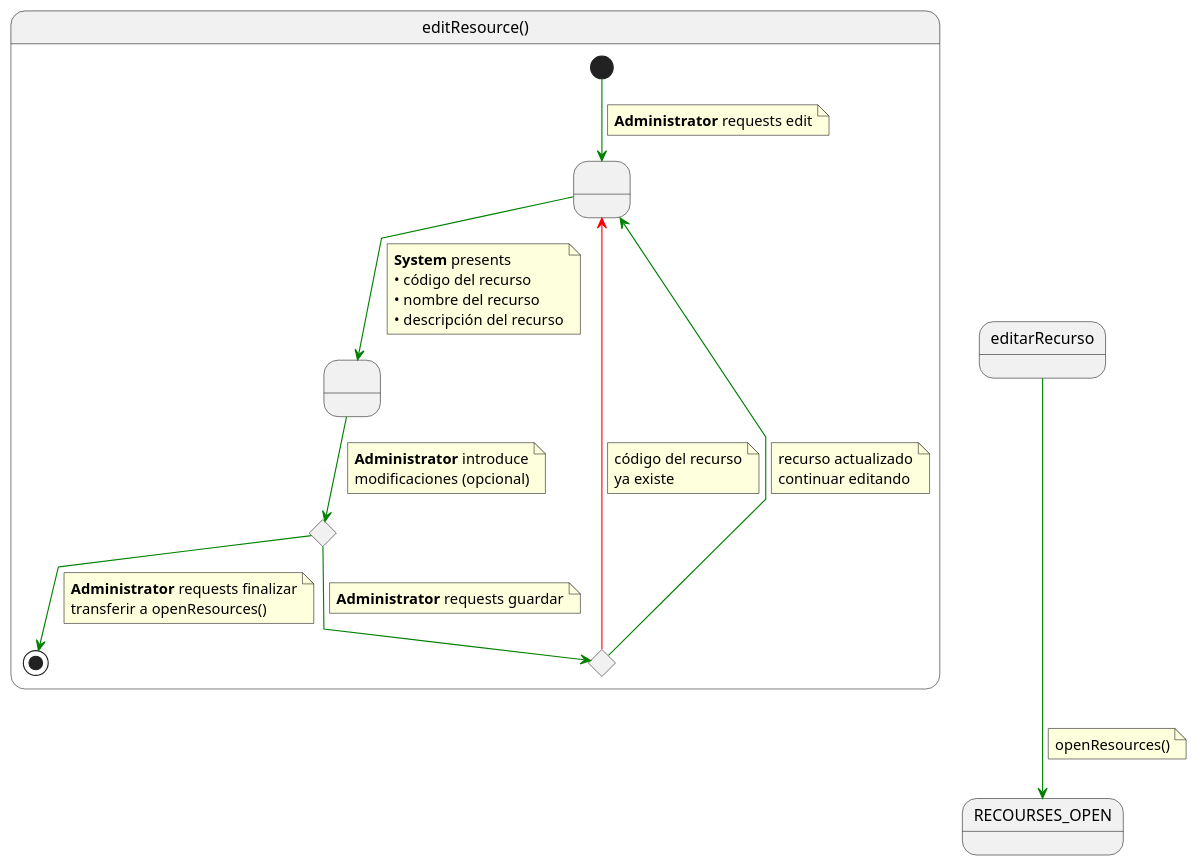
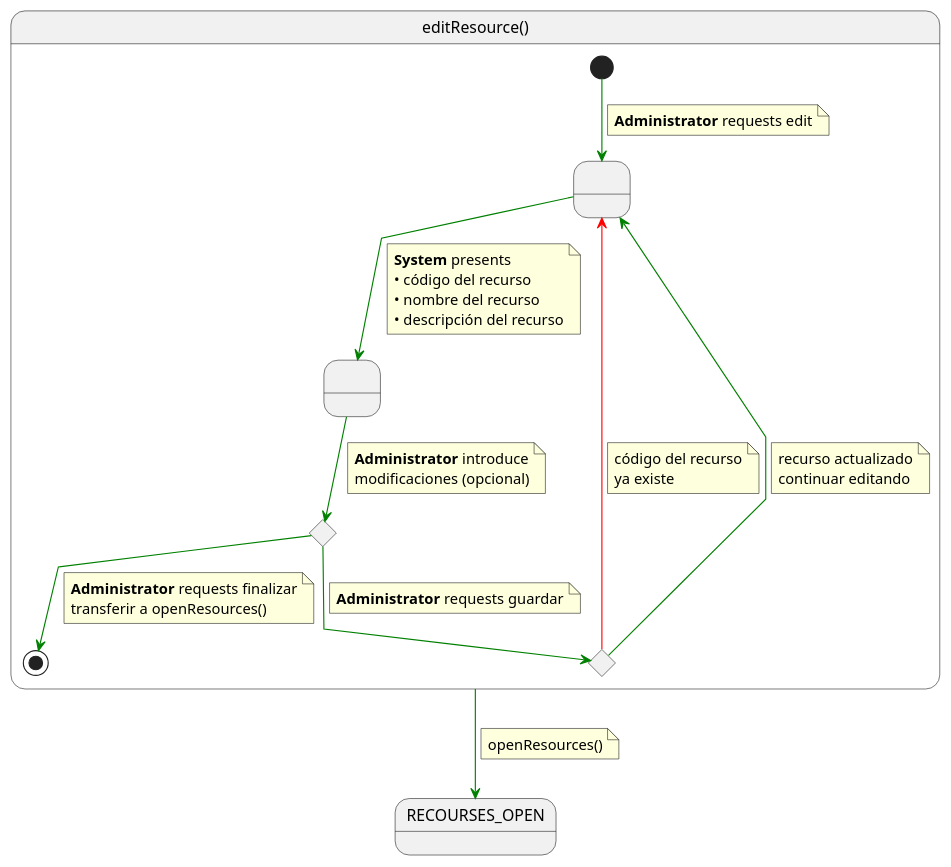
Before and after one commit to mmasias/pySigHor: the diagram in RUP/00-casos-uso/02-detalle/editarRecurso/especificacion.puml, drawn with PlantUML. The commit also changed 22 other files, not shown here.

```diff
--- a/RUP/00-casos-uso/02-detalle/editarRecurso/especificacion.puml
+++ b/RUP/00-casos-uso/02-detalle/editarRecurso/especificacion.puml
@@ -1,58 +1,58 @@
 @startuml editResource
 skinparam linetype polyline
 
 state editResource as "editResource()" {
     state " " as PresentingData
     state " " as ModifyingData
     state c1 <<choice>>
     state c2 <<choice>>
     
     [*] -[#green]-> PresentingData
     note on link
     <b>Administrator</b> requests edit
     end note
     
     PresentingData -[#green]-> ModifyingData
     note on link
     <b>System</b> presents
     • código del recurso
     • nombre del recurso
     • descripción del recurso
     end note
     
     ModifyingData -[#green]-> c1
     note on link
     <b>Administrator</b> introduce
     modificaciones (opcional)
     end note
     
     c1 -[#green]-> c2
     note on link
     <b>Administrator</b> requests guardar
     end note
     
     c2 -[#red]-> PresentingData
     note on link
     código del recurso
     ya existe
     end note
     
     c2 -[#green]-> PresentingData
     note on link
     recurso actualizado
     continuar editando
     end note
     
     c1 -[#green]-> [*]
     note on link
     <b>Administrator</b> requests finalizar
     transferir a openResources()
     end note
 }
 
-editarRecurso -[#green]-> RECOURSES_OPEN
+editResource -[#green]-> RECOURSES_OPEN
 note on link
 openResources()
 end note
 
 @enduml
```
